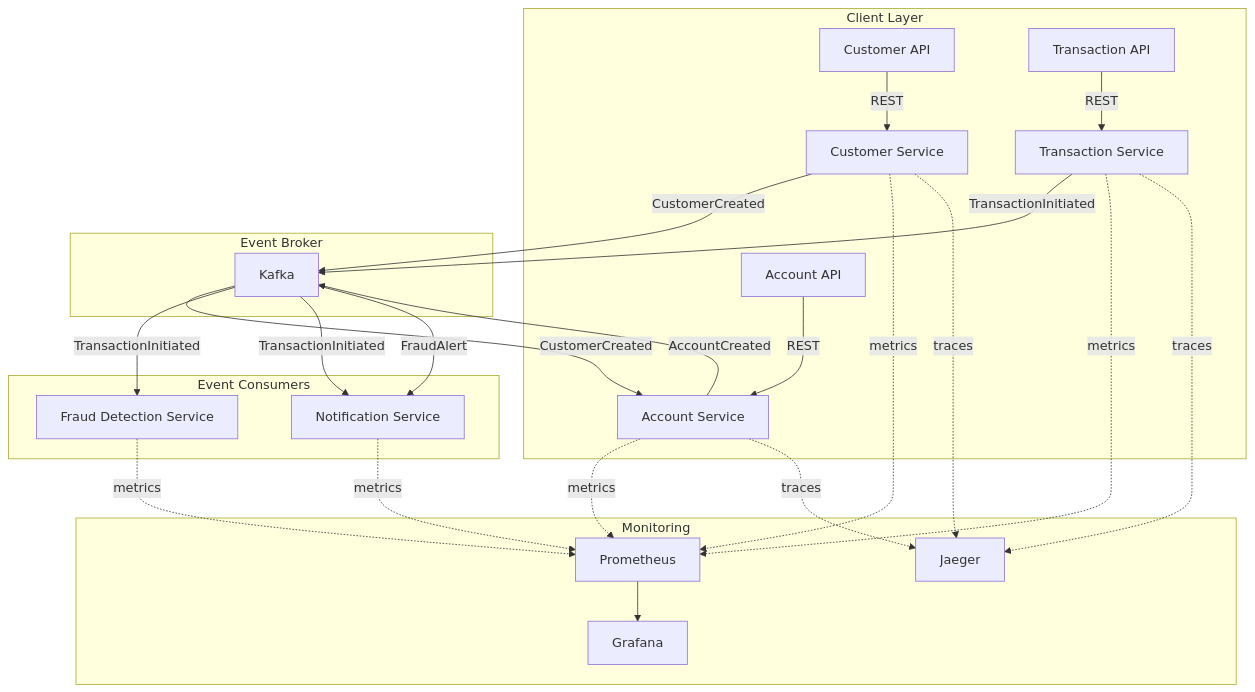
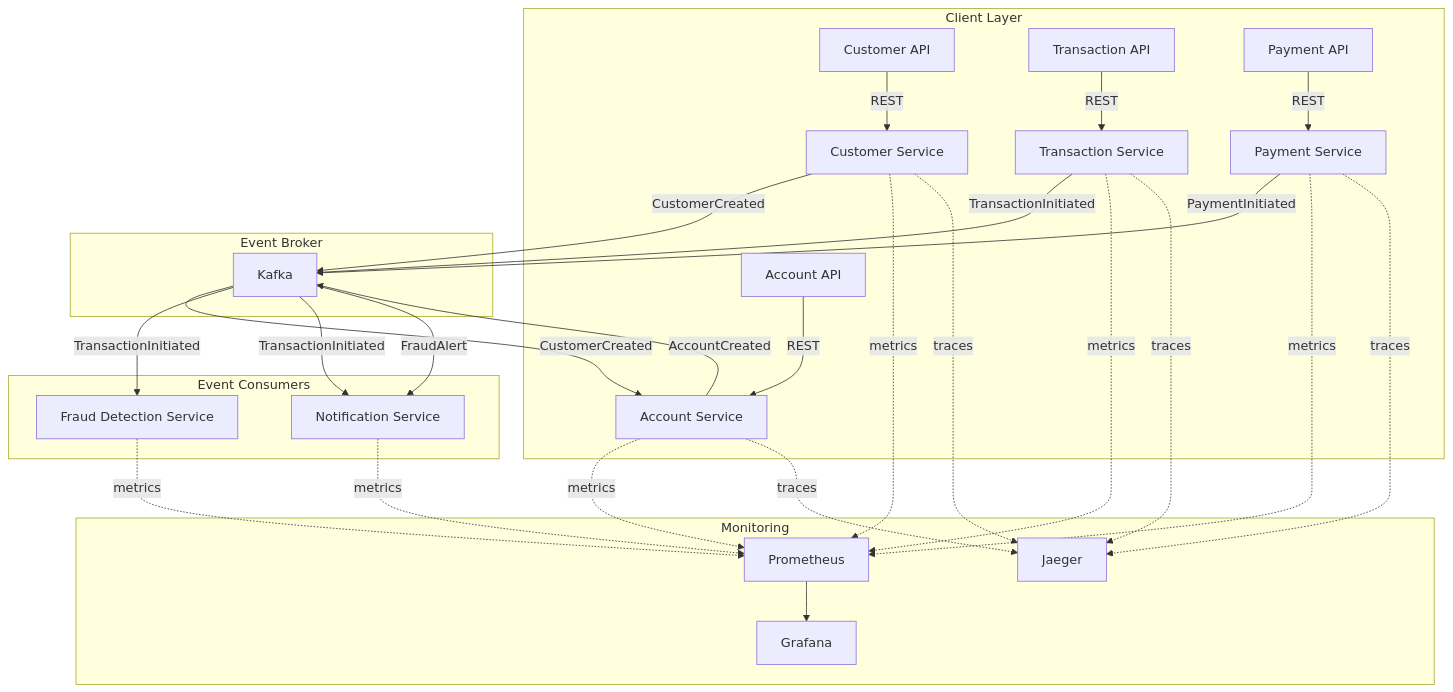
The diagram in README.md (sevillacesar/spring-boot-event-driven-banking), drawn with Mermaid before and after one commit. The commit also changed other lines of this file and 3 other files, not shown here.

First line of the commit message:
feat: add fraud-detection module, payment docs, and architecture docs

````diff
--- a/README.md
+++ b/README.md
@@ -57,43 +58,47 @@
 ```mermaid
 graph TB
     subgraph "Client Layer"
         A[Customer API] -->|REST| CS[Customer Service]
         B[Account API] -->|REST| AS[Account Service]
         C[Transaction API] -->|REST| TS[Transaction Service]
+        PAPI[Payment API] -->|REST| PS[Payment Service]
     end
 
     subgraph "Event Broker"
         K[Kafka]
     end
 
     subgraph "Event Consumers"
         NS[Notification Service]
         FS[Fraud Detection Service]
     end
 
     subgraph "Monitoring"
         P[Prometheus]
         G[Grafana]
         J[Jaeger]
     end
 
     CS -->|CustomerCreated| K
     AS -->|AccountCreated| K
     TS -->|TransactionInitiated| K
+    PS -->|PaymentInitiated| K
 
     K -->|CustomerCreated| AS
     K -->|TransactionInitiated| FS
     K -->|TransactionInitiated| NS
     K -->|FraudAlert| NS
 
     CS -.->|metrics| P
     AS -.->|metrics| P
     TS -.->|metrics| P
     NS -.->|metrics| P
     FS -.->|metrics| P
+    PS -.->|metrics| P
 
     P --> G
     CS -.->|traces| J
     AS -.->|traces| J
     TS -.->|traces| J
+    PS -.->|traces| J
 ```
````
